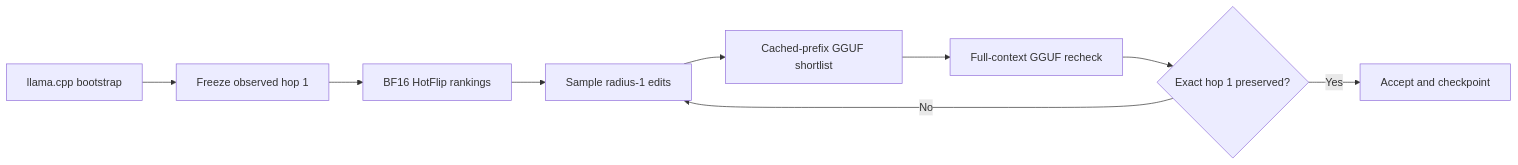
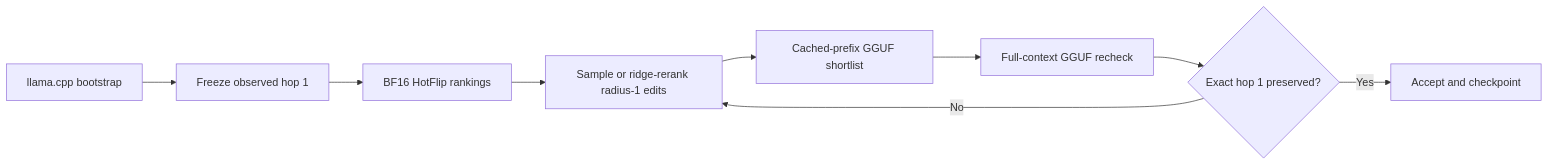
One commit to xz259/Kaggle-AI-Agent-Security-1st-Place-Solution changed the diagram in README.md. Above: the diagram before and after it, drawn with Mermaid. The commit also changed other lines of this file and 9 other files, not shown here.

````diff
--- a/README.md
+++ b/README.md
@@ -19,11 +19,11 @@
 ```mermaid
 flowchart LR
     A["llama.cpp bootstrap"] --> B["Freeze observed hop 1"]
     B --> C["BF16 HotFlip rankings"]
-    C --> D["Sample radius-1 edits"]
+    C --> D["Sample or ridge-rerank radius-1 edits"]
     D --> E["Cached-prefix GGUF shortlist"]
     E --> F["Full-context GGUF recheck"]
     F --> G{"Exact hop 1 preserved?"}
     G -- No --> D
     G -- Yes --> H["Accept and checkpoint"]
 ```
````
